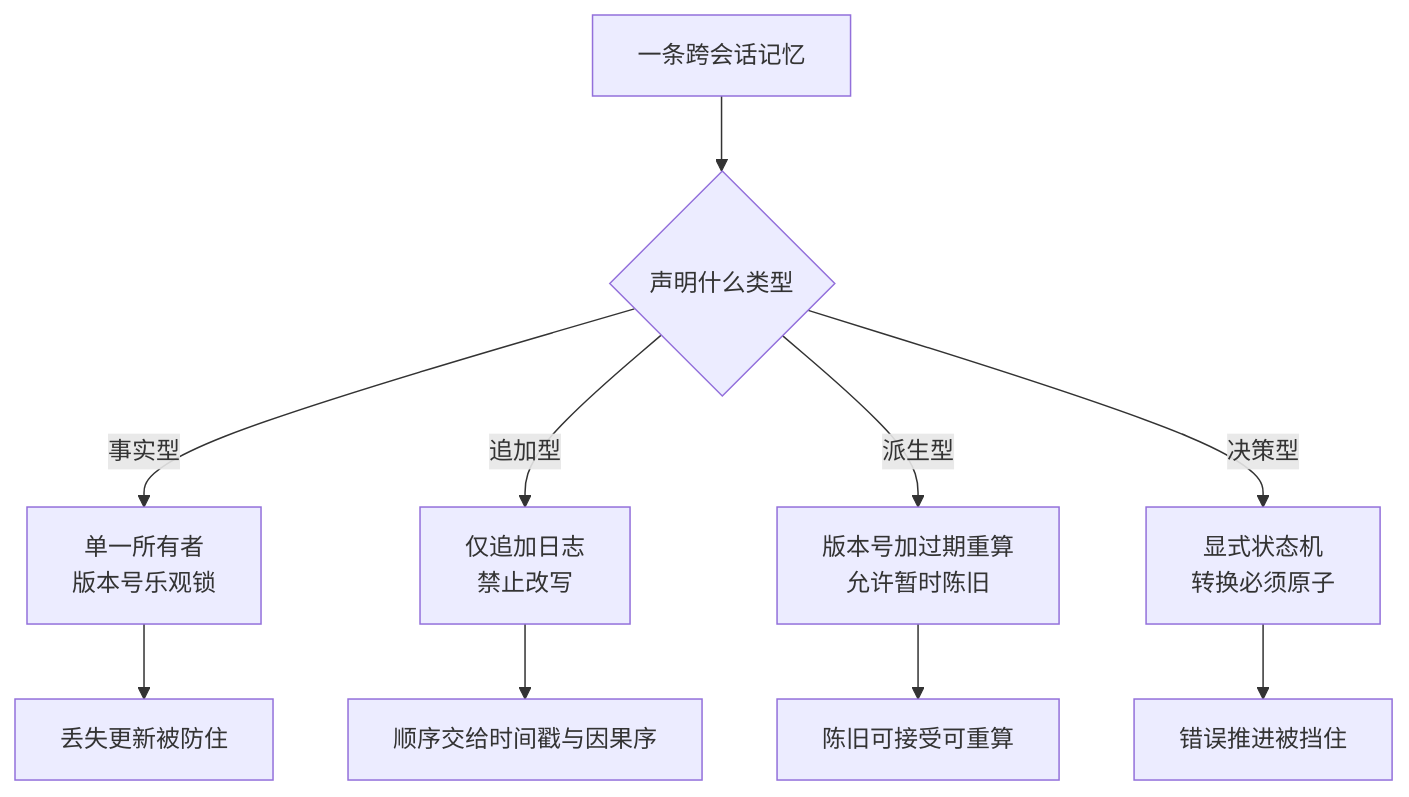
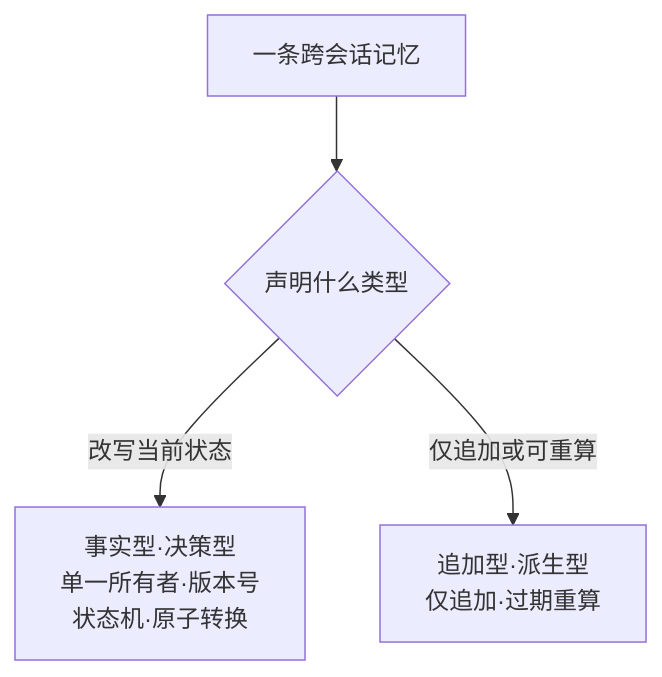
The first of 2 diagrams in vault/工程知识/AI 系统工程：从模型能力到生产能力/模型与上下文/跨会话状态的一致性先于记忆的长度.md (hub138/technical-knowledge), drawn with Mermaid before and after one commit. The commit also changed other lines of this file and 622 other files, not shown here.

````diff
--- a/vault/工程知识/AI 系统工程：从模型能力到生产能力/模型与上下文/跨会话状态的一致性先于记忆的长度.md
+++ b/vault/工程知识/AI 系统工程：从模型能力到生产能力/模型与上下文/跨会话状态的一致性先于记忆的长度.md
@@ -39,12 +41,7 @@
 ```mermaid
 graph TD
-    A[一条跨会话记忆] --> B{声明什么类型}
-    B -->|事实型| C[单一所有者<br/>版本号乐观锁]
-    B -->|追加型| D[仅追加日志<br/>禁止改写]
-    B -->|派生型| E[版本号加过期重算<br/>允许暂时陈旧]
-    B -->|决策型| F[显式状态机<br/>转换必须原子]
-    C --> G[丢失更新被防住]
-    D --> H[顺序交给时间戳与因果序]
-    E --> I[陈旧可接受可重算]
-    F --> J[错误推进被挡住]
+    A["一条跨会话记忆"] --> B{"声明什么类型"}
+    B -->|"改写当前状态"| C["事实型·决策型<br/>单一所有者·版本号<br/>状态机·原子转换"]
+    B -->|"仅追加或可重算"| D["追加型·派生型<br/>仅追加·过期重算"]
+
 ```
````
